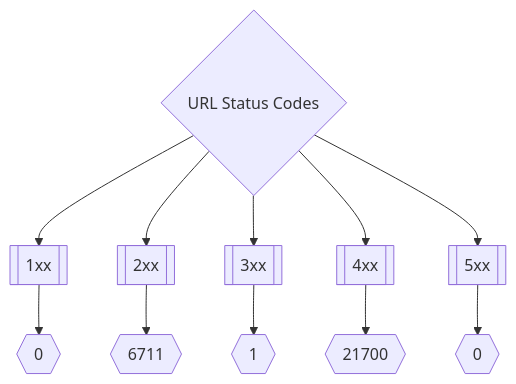
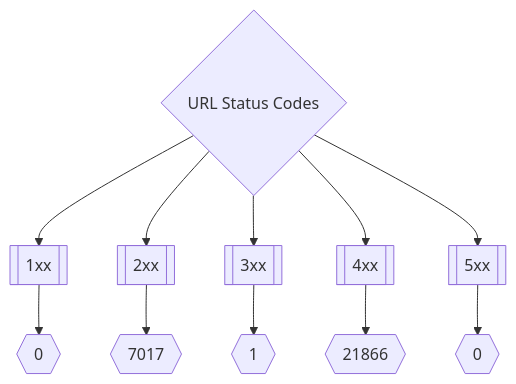
One commit to trickest/inventory changed the second of 3 diagrams in README.md. Above: the diagram before and after it, drawn with Mermaid. The commit also changed other lines of this file and 77 other files, not shown here.

````diff
--- a/README.md
+++ b/README.md
@@ -173,8 +173,8 @@
 ```mermaid
 graph TD
 title{URL Status Codes} --> 1xx[[1xx]] --> status1xxNum{{0}}
-title --> 2xx[[2xx]] --> status2xxNum{{6711}}
+title --> 2xx[[2xx]] --> status2xxNum{{7017}}
 title --> 3xx[[3xx]] --> status3xxNum{{1}}
-title --> 4xx[[4xx]] --> status4xxNum{{21700}}
+title --> 4xx[[4xx]] --> status4xxNum{{21866}}
 title --> 5xx[[5xx]] --> status5xxNum{{0}}
 ```
````
